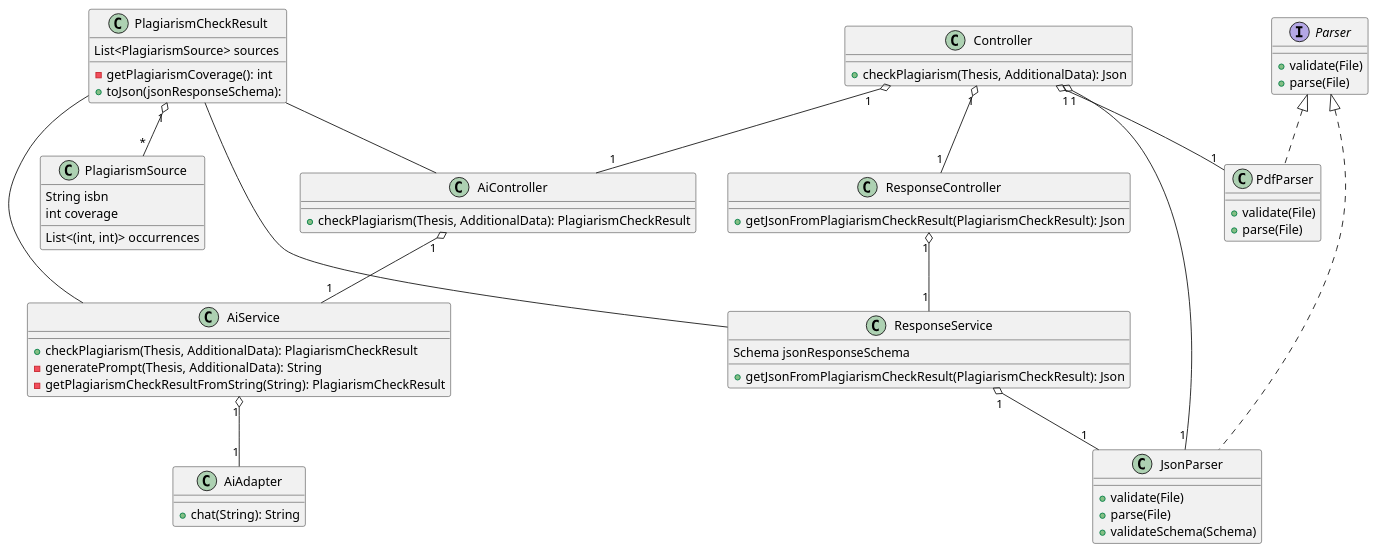
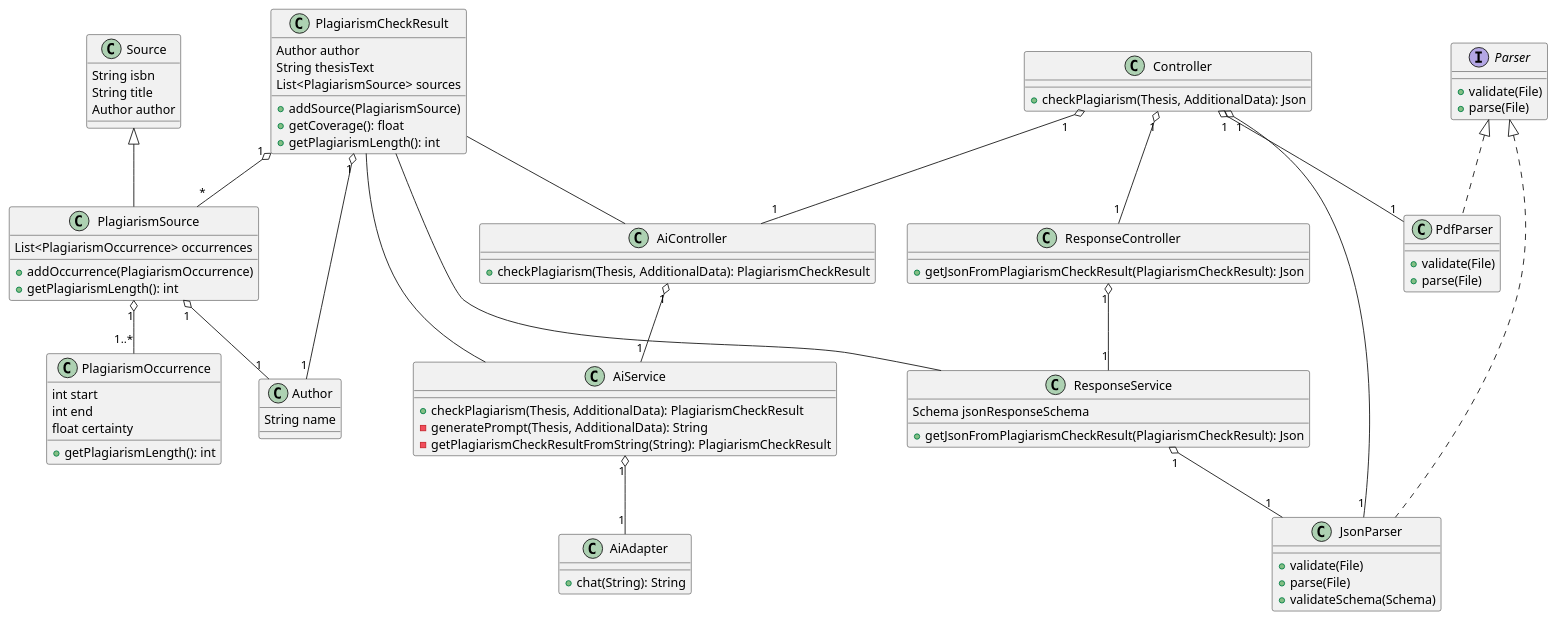
One commit to DHBW-FN/ti21-sweng2 changed the diagram in diagrams/classes.puml. Above: the diagram before and after it, drawn with PlantUML.

Commit message:
feat(klassendiagramm): Change result classes

```diff
--- a/diagrams/classes.puml
+++ b/diagrams/classes.puml
@@ -1,71 +1,94 @@
 @startuml Klassendiagramm
 class PlagiarismCheckResult {
+    Author author
+    String thesisText
     List<PlagiarismSource> sources
-    -getPlagiarismCoverage(): int
-    +toJson(jsonResponseSchema):
+    +addSource(PlagiarismSource)
+    +getCoverage(): float
+    +getPlagiarismLength(): int
 }
 
-class PlagiarismSource {
+class PlagiarismSource extends Source {
+    List<PlagiarismOccurrence> occurrences
+    +addOccurrence(PlagiarismOccurrence)
+    +getPlagiarismLength(): int
+}
+
+class PlagiarismOccurrence {
+    int start
+    int end
+    float certainty
+    +getPlagiarismLength(): int
+}
+
+class Author {
+    String name
+}
+
+class Source {
     String isbn
-    List<(int, int)> occurrences
-    int coverage
+    String title
+    Author author
 }
 
 interface Parser {
     +validate(File)
     +parse(File)
 }
 
 class PdfParser implements Parser {
     +validate(File)
     +parse(File)
 }
 
 class JsonParser implements Parser {
     +validate(File)
     +parse(File)
     +validateSchema(Schema)
 }
 
 class Controller {
     +checkPlagiarism(Thesis, AdditionalData): Json
 }
 
 class AiController {
     +checkPlagiarism(Thesis, AdditionalData): PlagiarismCheckResult
 }
 
 class AiService {
     +checkPlagiarism(Thesis, AdditionalData): PlagiarismCheckResult
     -generatePrompt(Thesis, AdditionalData): String
     -getPlagiarismCheckResultFromString(String): PlagiarismCheckResult
 }
 
 class AiAdapter {
     +chat(String): String
 }
 
 class ResponseController {
     +getJsonFromPlagiarismCheckResult(PlagiarismCheckResult): Json
 }
 
 class ResponseService {
     Schema jsonResponseSchema
     +getJsonFromPlagiarismCheckResult(PlagiarismCheckResult): Json
 }
 
 Controller "1" o-- "1" PdfParser
 Controller "1" o-- "1" JsonParser
 Controller "1" o-- "1" AiController
 AiController "1" o-- "1" AiService
 AiService "1" o-- "1" AiAdapter
 Controller "1" o-- "1" ResponseController
 ResponseController "1" o-- "1" ResponseService
 ResponseService "1" o-- "1" JsonParser
 
 PlagiarismCheckResult -- AiController
 PlagiarismCheckResult -- AiService
 PlagiarismCheckResult -- ResponseService
 
 PlagiarismCheckResult "1" o-- "*" PlagiarismSource
+PlagiarismCheckResult "1" o-- "1" Author
+PlagiarismSource "1" o-- "1..*" PlagiarismOccurrence
+PlagiarismSource "1" o-- "1" Author
 @enduml
```
